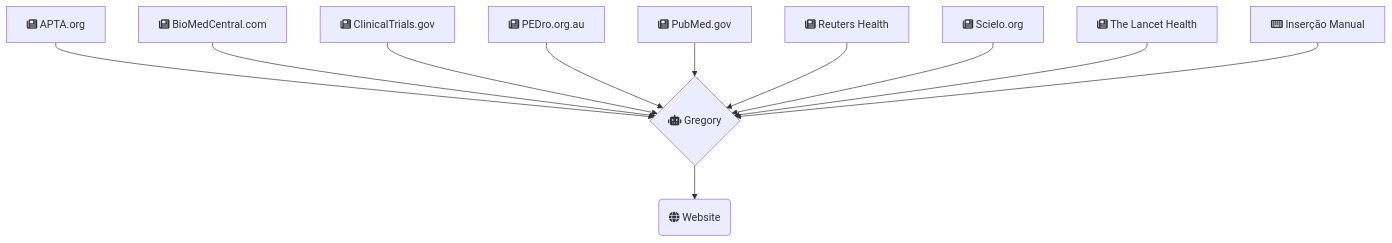
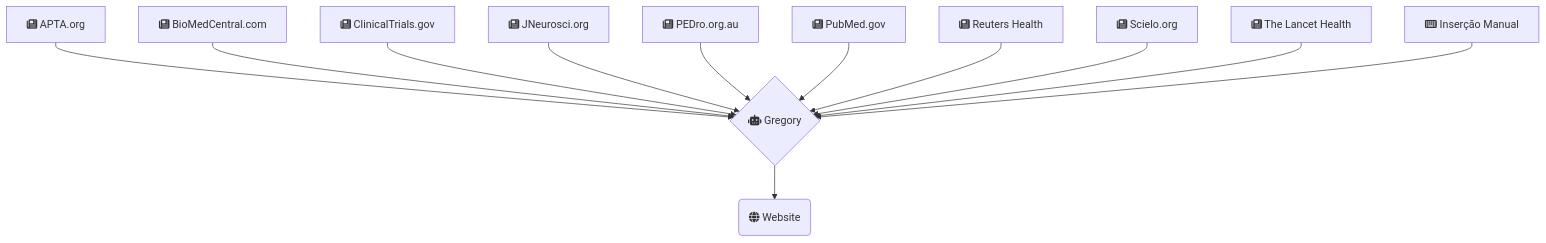
Before and after one commit to brunoamaral/gregory-ai: the diagram in content/about/index.md, drawn with Mermaid.

Commit message:
add new source

````diff
--- a/content/about/index.md
+++ b/content/about/index.md
@@ -41,13 +41,14 @@
 ```mermaid
 graph TD;
     APTA[fa:fa-newspaper APTA.org] -->Gregory;
     BioMedCentral[fa:fa-newspaper BioMedCentral.com] -->Gregory;
     ClinicalTrials[fa:fa-newspaper ClinicalTrials.gov]-->Gregory;
+    JNeurosci[fa:fa-newspaper JNeurosci.org]-->Gregory;
     PEDro[fa:fa-newspaper PEDro.org.au] -->Gregory;
     PubMed[fa:fa-newspaper PubMed.gov] -->Gregory;
     Reuters[fa:fa-newspaper Reuters Health]-->Gregory;
     Scielo[fa:fa-newspaper Scielo.org] -->Gregory;
     TheLancet[fa:fa-newspaper The Lancet Health]-->Gregory;
     Manual[fa:fa-keyboard Inserção Manual]-->Gregory;
     Gregory{fa:fa-robot Gregory}-->Website(fa:fa-globe Website)
 ```
````
